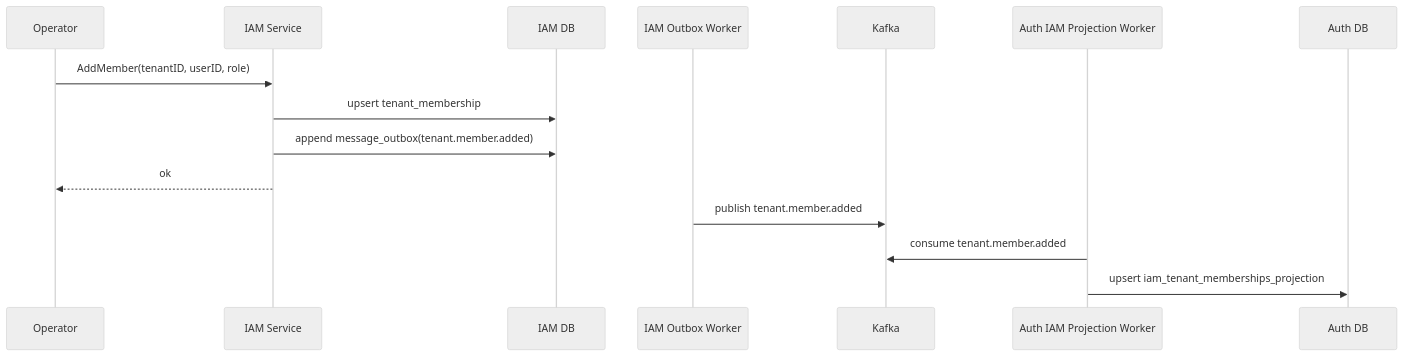
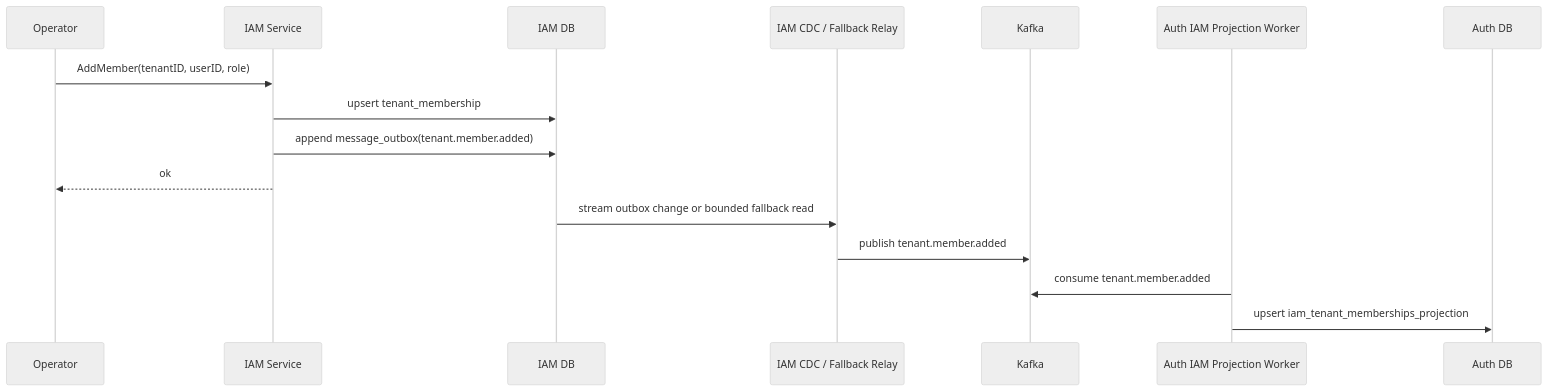
Before and after one commit to tuannm99/podzone: the third of 9 diagrams in docs/architecture/sequences.md, drawn with Mermaid (neutral theme). The commit also changed other lines of this file and 15 other files, not shown here.

Commit message:
fix(vibe): cdc connect for outbox streaming

````diff
--- a/docs/architecture/sequences.md
+++ b/docs/architecture/sequences.md
@@ -54,19 +54,20 @@
 ```mermaid
 sequenceDiagram
     participant Operator as Operator
     participant IAM as IAM Service
     participant IAMDB as IAM DB
-    participant Outbox as IAM Outbox Worker
+    participant EventRelay as IAM CDC / Fallback Relay
     participant Kafka as Kafka
     participant AuthProj as Auth IAM Projection Worker
     participant AuthDB as Auth DB
 
     Operator->>IAM: AddMember(tenantID, userID, role)
     IAM->>IAMDB: upsert tenant_membership
     IAM->>IAMDB: append message_outbox(tenant.member.added)
     IAM-->>Operator: ok
 
-    Outbox->>Kafka: publish tenant.member.added
+    IAMDB->>EventRelay: stream outbox change or bounded fallback read
+    EventRelay->>Kafka: publish tenant.member.added
     AuthProj->>Kafka: consume tenant.member.added
     AuthProj->>AuthDB: upsert iam_tenant_memberships_projection
 ```
````
